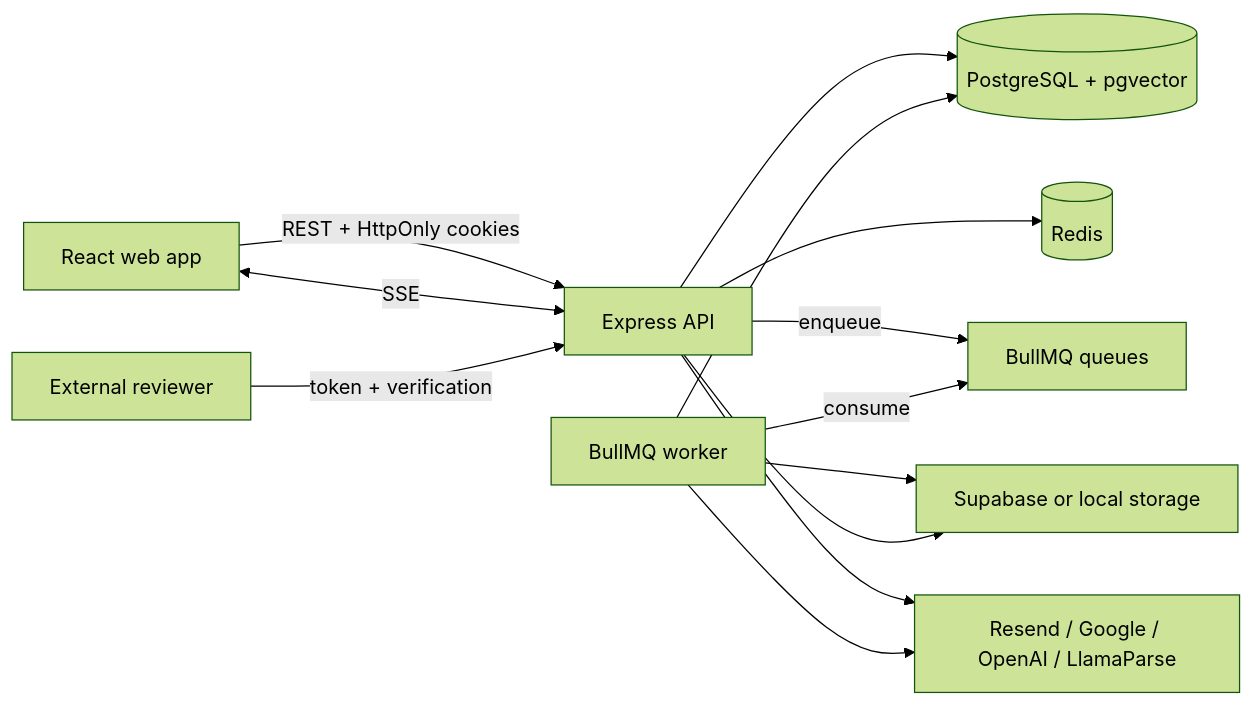
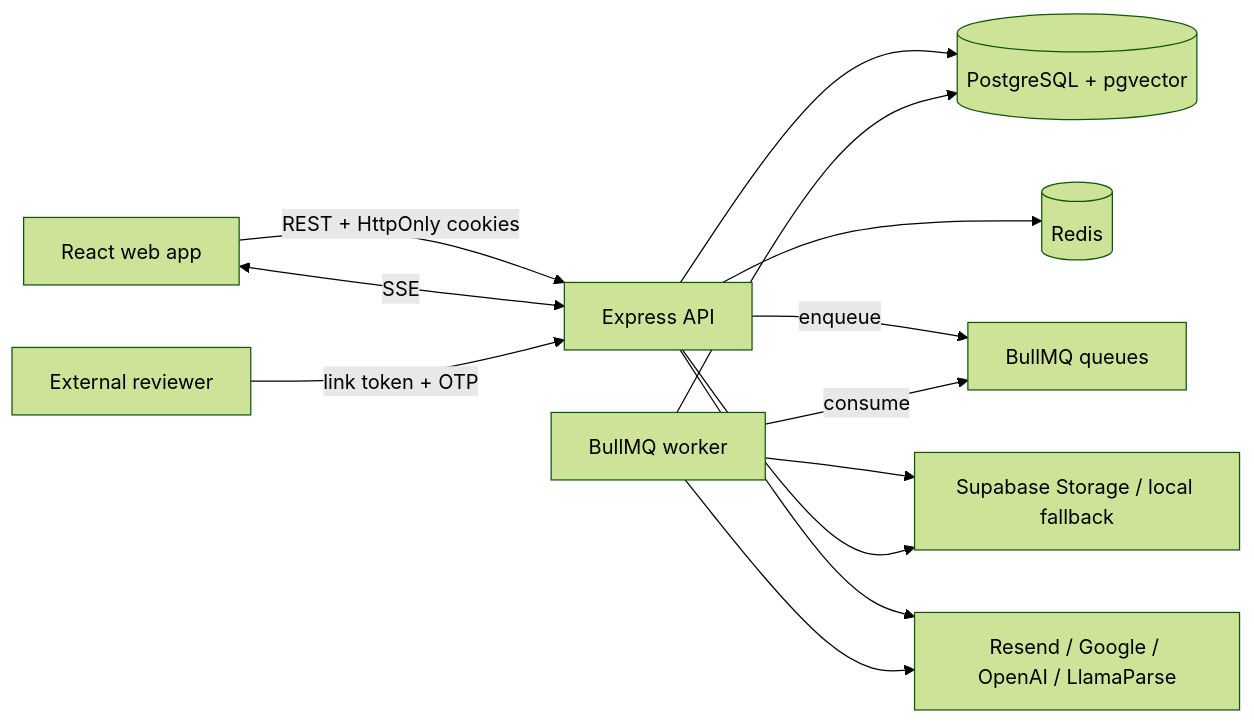
Before and after one commit to MoustafaWehbe/onramp-fp-founders-app: the first of 4 diagrams in docs/architecture.md, drawn with Mermaid (forest theme). The commit also changed other lines of this file and 21 other files, not shown here.

````diff
--- a/docs/architecture.md
+++ b/docs/architecture.md
@@ -16,15 +23,15 @@
 ```mermaid
 flowchart LR
     Browser[React web app] -->|REST + HttpOnly cookies| API[Express API]
     Browser <-->|SSE| API
-    Reviewer[External reviewer] -->|token + verification| API
+    Reviewer[External reviewer] -->|link token + OTP| API
     API --> PG[(PostgreSQL + pgvector)]
     API --> Redis[(Redis)]
     API -->|enqueue| Queues[BullMQ queues]
     Worker[BullMQ worker] -->|consume| Queues
     Worker --> PG
-    Worker --> Storage[Supabase or local storage]
+    Worker --> Storage[Supabase Storage / local fallback]
     API --> Storage
     API --> Providers[Resend / Google / OpenAI / LlamaParse]
     Worker --> Providers
 ```
````
